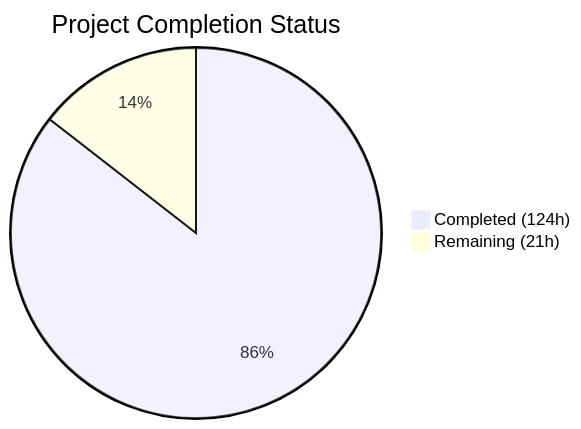
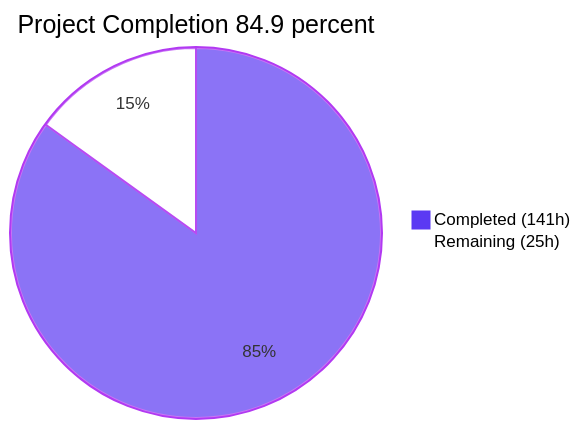
The first of 3 diagrams in blitzy/documentation/Project Guide.md (blitzy-public-samples/blitzy-kubernetes), drawn with Mermaid before and after one commit. The commit also changed other lines of this file, not shown here.

Commit message:
Adding Blitzy Project Guide: Project Status and Human Tasks Remaining

````diff
--- a/blitzy/documentation/Project Guide.md
+++ b/blitzy/documentation/Project Guide.md
@@ -13,5 +15,6 @@
 ```mermaid
-pie title Project Completion Status
-    "Completed (124h)" : 124
-    "Remaining (21h)" : 21
+%%{init: {"themeVariables": {"pie1": "#5B39F3", "pie2": "#FFFFFF", "pieStrokeColor": "#B23AF2", "pieOuterStrokeColor": "#B23AF2"}}}%%
+pie title Project Completion 84.9 percent
+    "Completed (141h)" : 141
+    "Remaining (25h)" : 25
 ```
````
